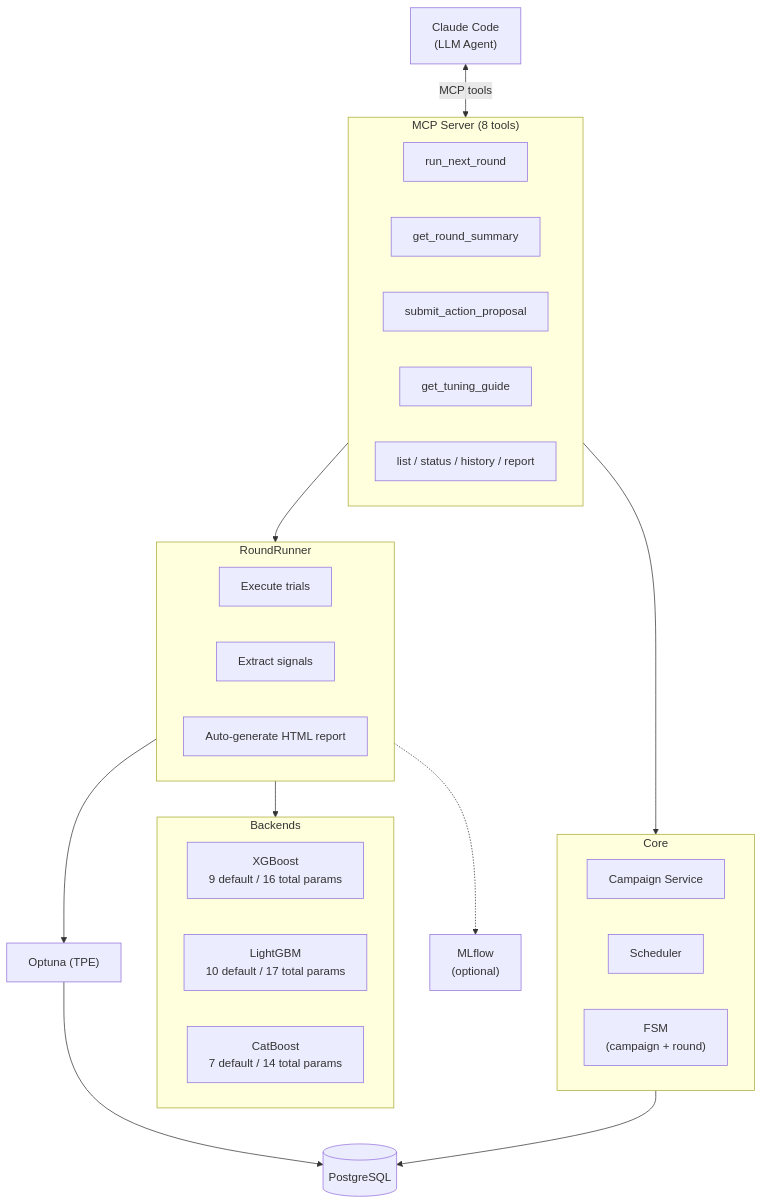
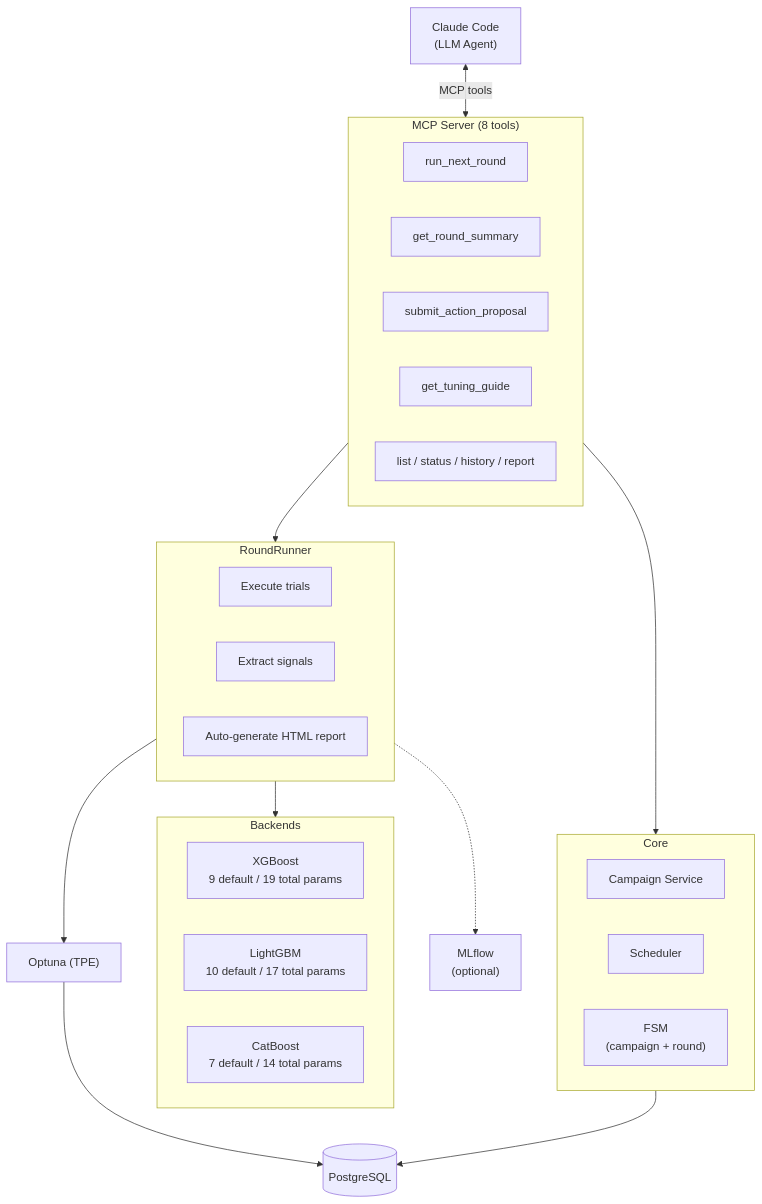
Before and after one commit to ccomkhj/agentune: the second of 2 diagrams in README.md, drawn with Mermaid. The commit also changed other lines of this file and 2 other files, not shown here.

Commit message:
update context of params of xgboost

````diff
--- a/README.md
+++ b/README.md
@@ -54,43 +54,43 @@
 ```mermaid
 flowchart TB
     Agent["Claude Code<br/>(LLM Agent)"]
 
     subgraph MCP["MCP Server (8 tools)"]
         run_next["run_next_round"]
         get_summary["get_round_summary"]
         submit["submit_action_proposal"]
         tuning_guide["get_tuning_guide"]
         other_tools["list / status / history / report"]
     end
 
     subgraph Core["Core"]
         CampaignService["Campaign Service"]
         Scheduler["Scheduler"]
         StateMachine["FSM<br/>(campaign + round)"]
     end
 
     subgraph Runner["RoundRunner"]
         Execute["Execute trials"]
         Summarize["Extract signals"]
         Report["Auto-generate HTML report"]
     end
 
     subgraph Backends["Backends"]
-        XGB["XGBoost<br/>9 default / 16 total params"]
+        XGB["XGBoost<br/>9 default / 19 total params"]
         LGB["LightGBM<br/>10 default / 17 total params"]
         CB["CatBoost<br/>7 default / 14 total params"]
     end
 
     Optuna["Optuna (TPE)"]
     Postgres[("PostgreSQL")]
     MLflow["MLflow<br/>(optional)"]
 
     Agent <-->|MCP tools| MCP
     MCP --> Runner
     MCP --> Core
     Runner --> Optuna
     Runner --> Backends
     Runner -.-> MLflow
     Core --> Postgres
     Optuna --> Postgres
 ```
````
